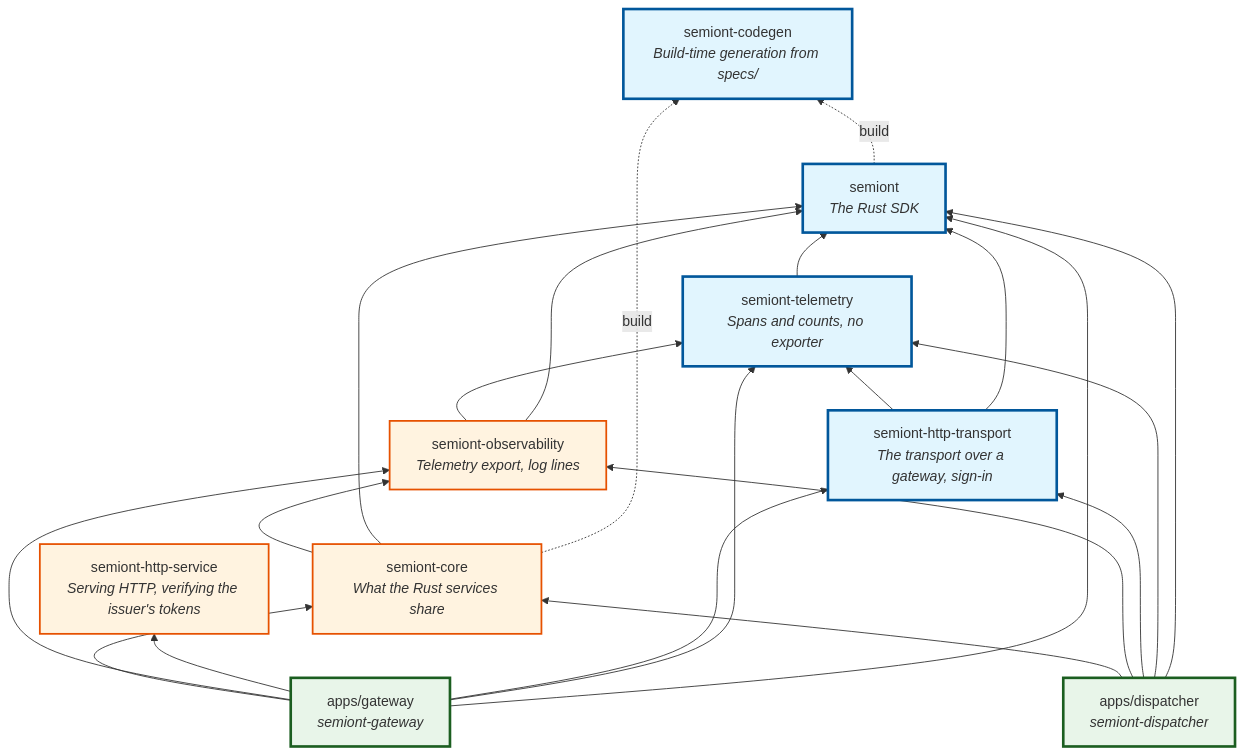
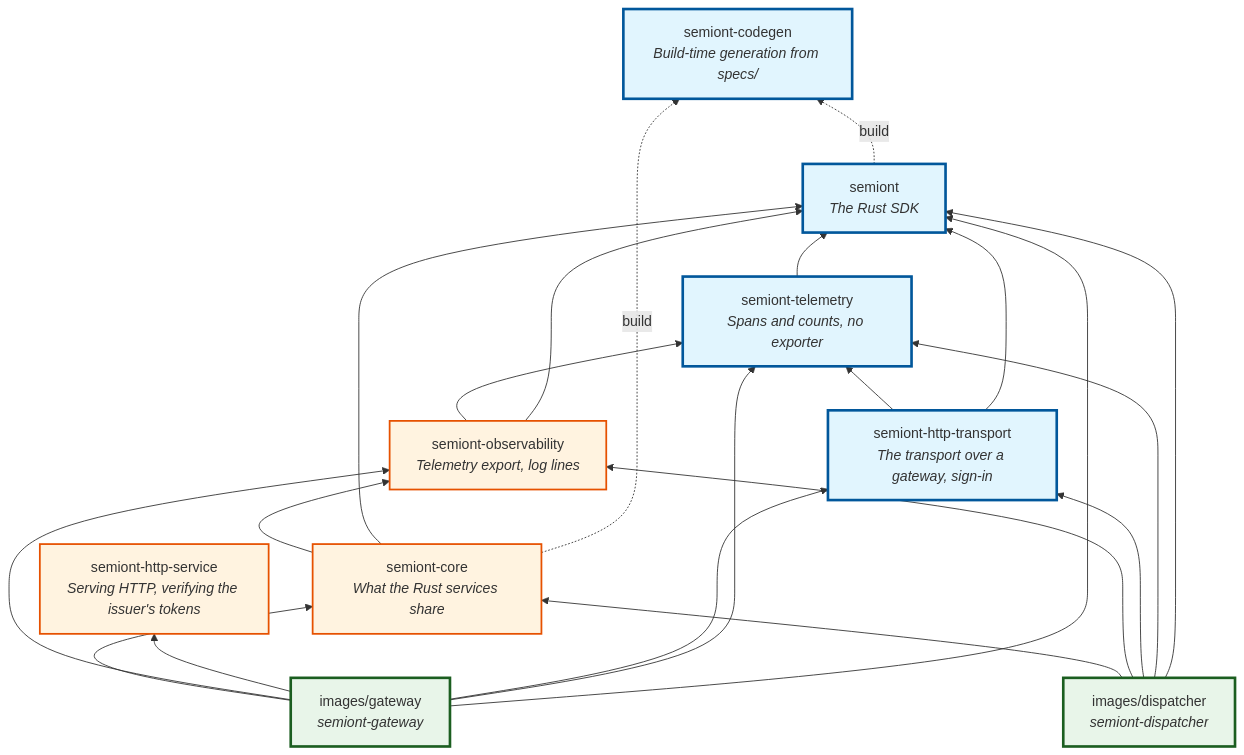
One commit to The-AI-Alliance/semiont changed the second of 2 diagrams in docs/architecture/PACKAGE-ARCHITECTURE.md. Above: the diagram before and after it, drawn with Mermaid. The commit also changed other lines of this file and 221 other files, not shown here.

````diff
--- a/docs/architecture/PACKAGE-ARCHITECTURE.md
+++ b/docs/architecture/PACKAGE-ARCHITECTURE.md
@@ -63,44 +63,44 @@
 ```mermaid
 graph BT
-    gateway["apps/gateway<br/><i>semiont-gateway</i>"]
-    dispatcher["apps/dispatcher<br/><i>semiont-dispatcher</i>"]
+    gateway["images/gateway<br/><i>semiont-gateway</i>"]
+    dispatcher["images/dispatcher<br/><i>semiont-dispatcher</i>"]
 
     rcore["semiont-core<br/><i>What the Rust services share</i>"]
     robs["semiont-observability<br/><i>Telemetry export, log lines</i>"]
     rserve["semiont-http-service<br/><i>Serving HTTP, verifying the issuer's tokens</i>"]
     rhttp["semiont-http-transport<br/><i>The transport over a gateway, sign-in</i>"]
     rtel["semiont-telemetry<br/><i>Spans and counts, no exporter</i>"]
     rsdk["semiont<br/><i>The Rust SDK</i>"]
     codegen["semiont-codegen<br/><i>Build-time generation from specs/</i>"]
 
     gateway --> rcore
     gateway --> robs
     gateway --> rserve
     gateway --> rhttp
     gateway --> rtel
     gateway --> rsdk
     dispatcher --> rcore
     dispatcher --> robs
     dispatcher --> rhttp
     dispatcher --> rtel
     dispatcher --> rsdk
 
     rcore --> robs
     rcore --> rsdk
     robs --> rtel
     robs --> rsdk
     rhttp --> rtel
     rhttp --> rsdk
     rtel --> rsdk
 
     rsdk -.->|build| codegen
     rcore -.->|build| codegen
 
     classDef app fill:#e8f5e9,stroke:#1b5e20,stroke-width:3px
     classDef internal fill:#fff3e0,stroke:#e65100,stroke-width:2px
     classDef published fill:#e1f5fe,stroke:#01579b,stroke-width:3px
 
     class gateway,dispatcher app
     class rcore,robs,rserve internal
     class rhttp,rtel,rsdk,codegen published
 ```
````
